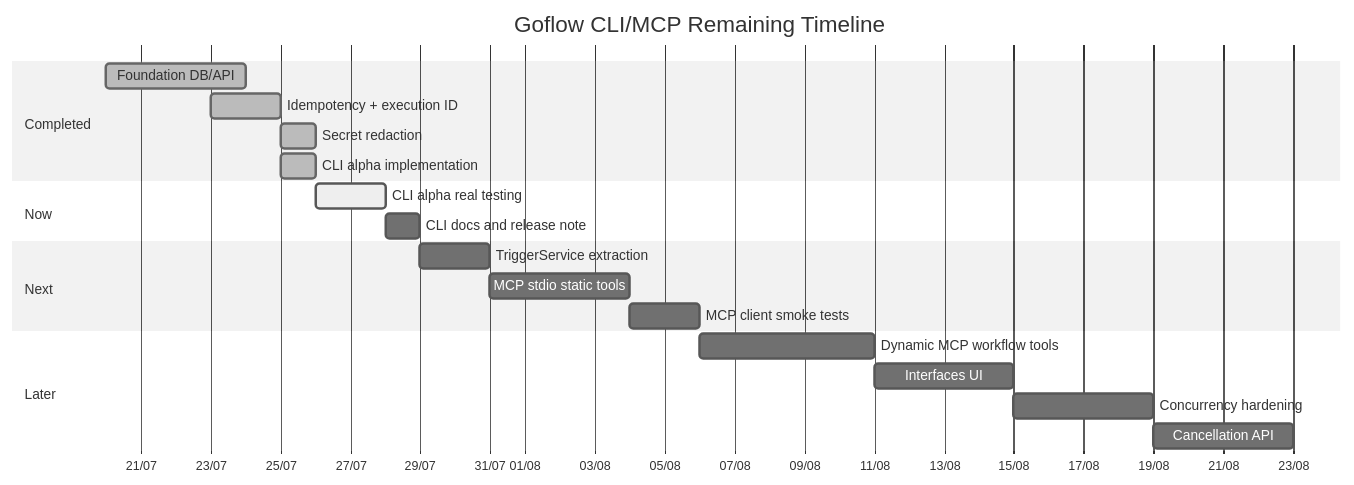
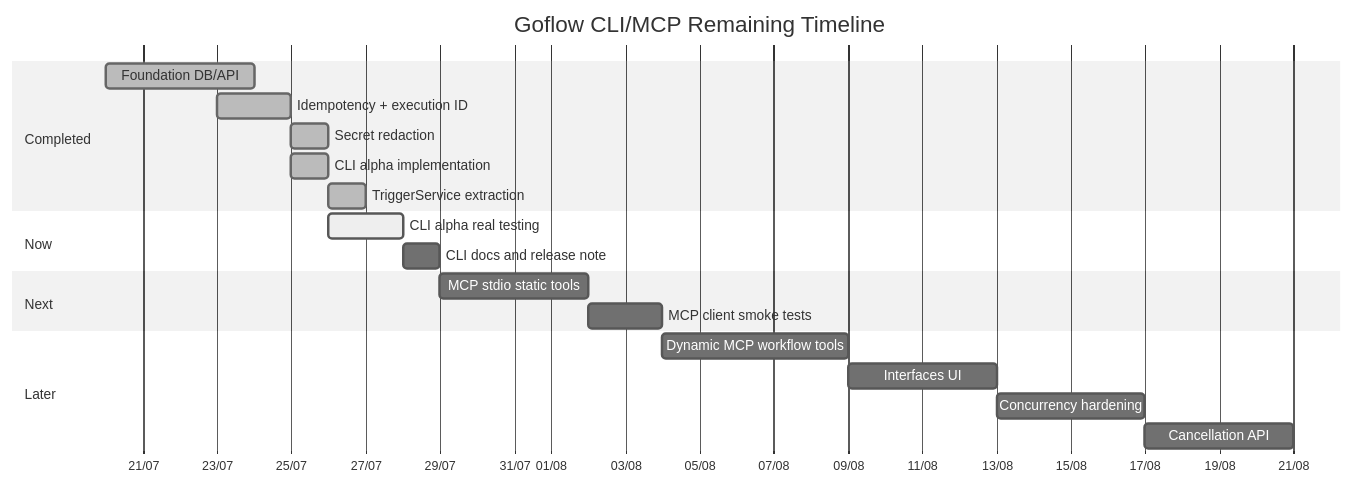
The second of 2 diagrams in ROADMAP_PROGRESS.md (hstptcn5/Goflow), drawn with Mermaid (neutral theme) before and after one commit. The commit also changed other lines of this file and 8 other files, not shown here.

First line of the commit message:
Extract TriggerService application layer

````diff
--- a/ROADMAP_PROGRESS.md
+++ b/ROADMAP_PROGRESS.md
@@ -59,27 +59,27 @@
 ```mermaid
 gantt
     title Goflow CLI/MCP Remaining Timeline
     dateFormat  YYYY-MM-DD
     axisFormat  %d/%m
 
     section Completed
     Foundation DB/API             :done, f1, 2026-07-20, 4d
     Idempotency + execution ID     :done, f2, 2026-07-23, 2d
     Secret redaction               :done, f3, 2026-07-25, 1d
     CLI alpha implementation       :done, cli1, 2026-07-25, 1d
+    TriggerService extraction      :done, svc1, 2026-07-26, 1d
 
     section Now
     CLI alpha real testing         :active, cli2, 2026-07-26, 2d
     CLI docs and release note      :cli3, after cli2, 1d
 
     section Next
-    TriggerService extraction      :svc1, after cli3, 2d
-    MCP stdio static tools         :mcp1, after svc1, 4d
+    MCP stdio static tools         :mcp1, after cli3, 4d
     MCP client smoke tests         :mcp2, after mcp1, 2d
 
     section Later
     Dynamic MCP workflow tools     :mcp3, after mcp2, 5d
     Interfaces UI                  :ui1, after mcp3, 4d
     Concurrency hardening          :hard1, after ui1, 4d
     Cancellation API               :hard2, after hard1, 4d
 ```
````
